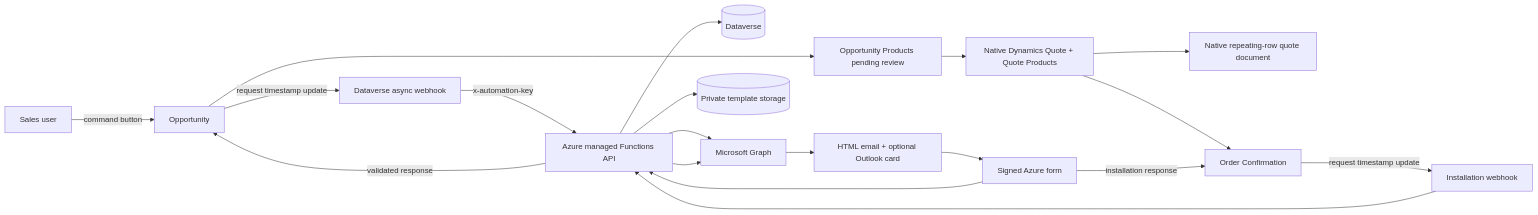
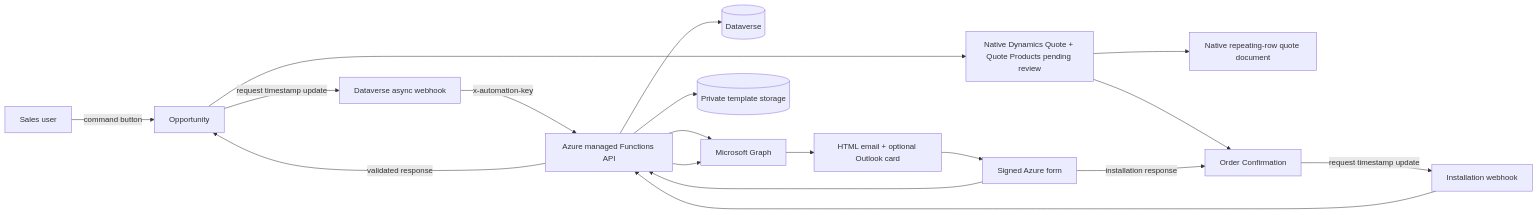
One commit to HolaTeamsKeyur/azure-survey-automation changed the diagram in docs/END-TO-END-IMPLEMENTATION-RUNBOOK.md. Above: the diagram before and after it, drawn with Mermaid. The commit also changed other lines of this file and 14 other files, not shown here.

Commit message:
Store survey products only on Quote

````diff
--- a/docs/END-TO-END-IMPLEMENTATION-RUNBOOK.md
+++ b/docs/END-TO-END-IMPLEMENTATION-RUNBOOK.md
@@ -43,21 +43,20 @@
 ```mermaid
 flowchart LR
     USER[Sales user] -->|command button| OPP[Opportunity]
     OPP -->|request timestamp update| WH[Dataverse async webhook]
     WH -->|x-automation-key| API[Azure managed Functions API]
     API --> DV[(Dataverse)]
     API --> GRAPH[Microsoft Graph]
     API --> BLOB[(Private template storage)]
     GRAPH --> MAIL[HTML email + optional Outlook card]
     MAIL --> FORM[Signed Azure form]
     FORM --> API
     API -->|validated response| OPP
-    OPP --> LINES[Opportunity Products pending review]
-    LINES --> QUOTE[Native Dynamics Quote + Quote Products]
+    OPP --> QUOTE[Native Dynamics Quote + Quote Products pending review]
     QUOTE --> WORD[Native repeating-row quote document]
     QUOTE --> ORDER[Order Confirmation]
     ORDER -->|request timestamp update| WH2[Installation webhook]
     WH2 --> API
     API --> GRAPH
     FORM -->|installation response| ORDER
 ```
````
